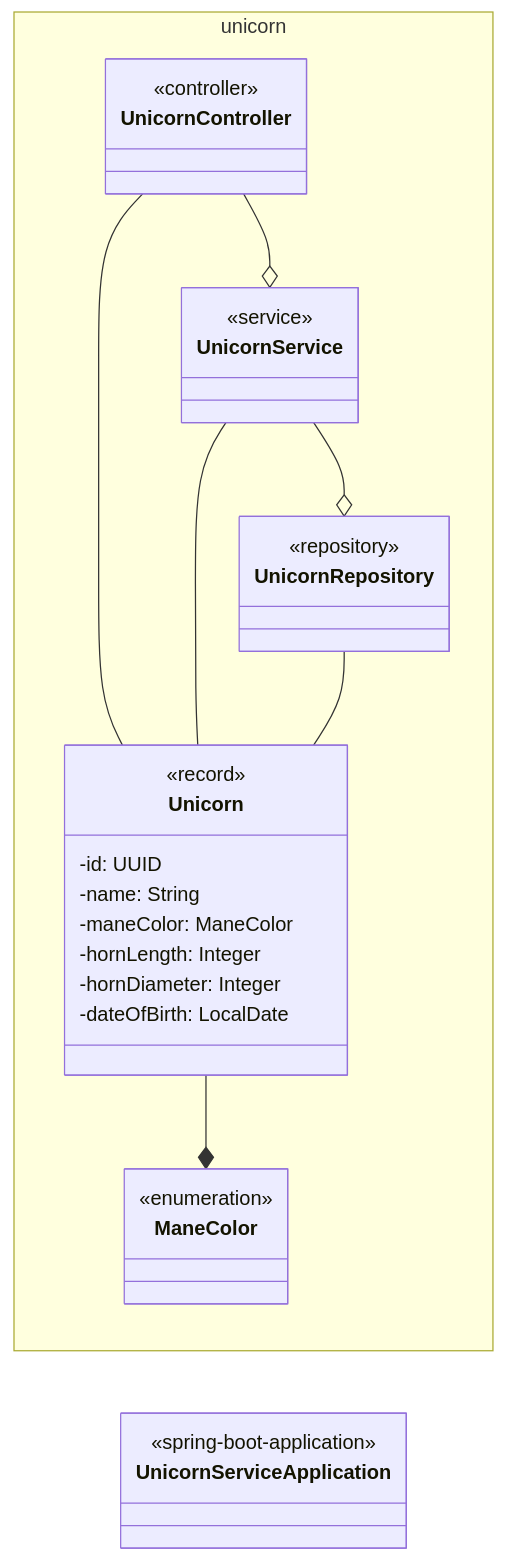
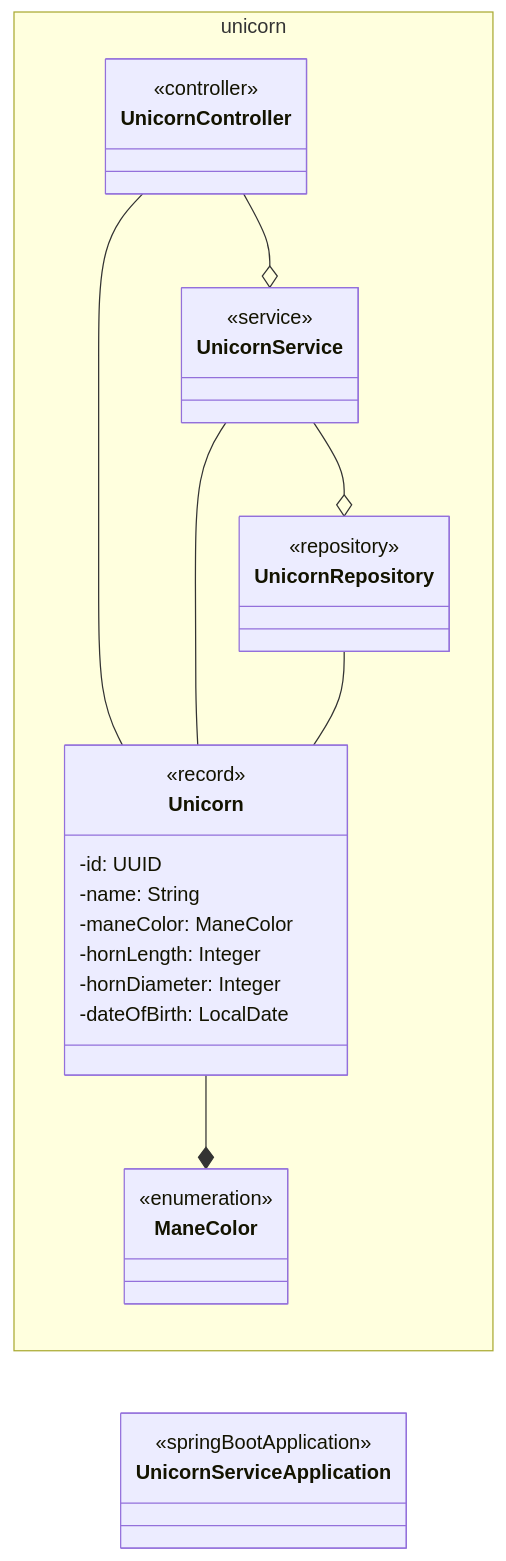
Before and after one commit to mkutz/untangle-your-spaghetti-test-code: the diagram in README.md, drawn with Mermaid.

````diff
--- a/README.md
+++ b/README.md
@@ -33,40 +33,40 @@
 ```mermaid
 classDiagram
     direction LR
     class UnicornServiceApplication {
-        <<spring-boot-application>>
+        <<springBootApplication>>
     }
     namespace unicorn {
        class Unicorn {
            <<record>>
           -id: UUID
           -name: String
           -maneColor: ManeColor
           -hornLength: Integer
           -hornDiameter: Integer
           -dateOfBirth: LocalDate
        }
 
        class ManeColor {
            <<enumeration>>
        }
 
        class UnicornController {
            <<controller>>
         }
 
         class UnicornService {
             <<service>>
         }
 
         class UnicornRepository {
             <<repository>>
         }
     }
     UnicornController --o UnicornService
     UnicornService --o UnicornRepository
     UnicornController -- Unicorn
     UnicornService -- Unicorn
     UnicornRepository -- Unicorn
     Unicorn --* ManeColor
 ```
````
